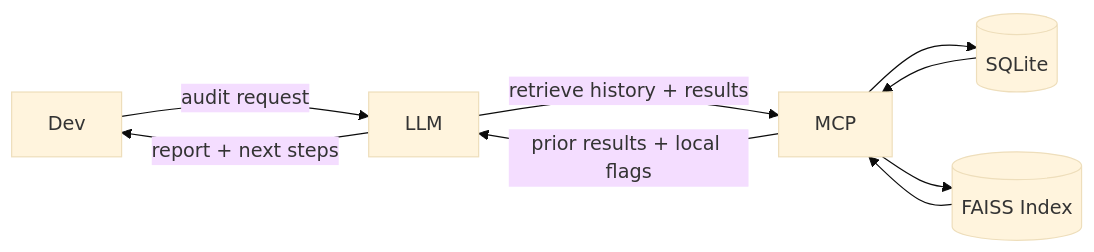
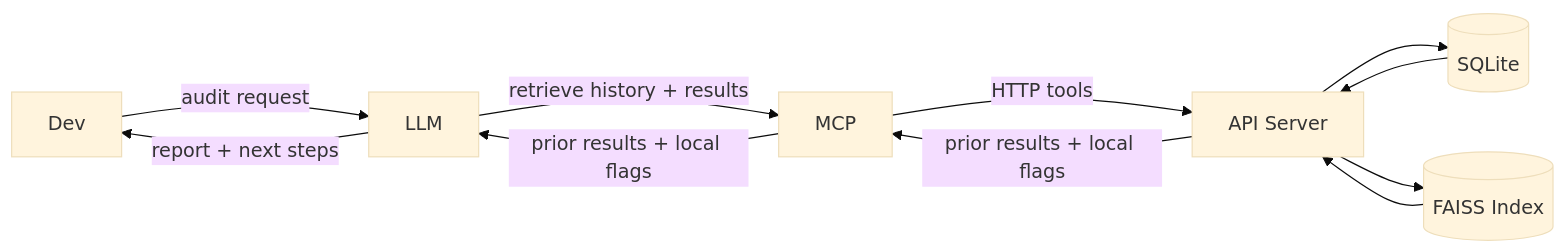
Before and after one commit to tyouritsugun/curated-heuristic-loop: the third of 4 diagrams in doc/concept.md, drawn with Mermaid (base theme). The commit also changed other lines of this file and 19 other files, not shown here.

````diff
--- a/doc/concept.md
+++ b/doc/concept.md
@@ -73,11 +76,13 @@
 ```mermaid
 flowchart LR
     Dev -->|audit request| LLM
     LLM -->|retrieve history + results| MCP
-    MCP --> DB[(SQLite)]
-    MCP --> FAISS[(FAISS Index)]
-    DB --> MCP
-    FAISS --> MCP
+    MCP -->|HTTP tools| API[API Server]
+    API --> DB[(SQLite)]
+    API --> FAISS[(FAISS Index)]
+    DB --> API
+    FAISS --> API
+    API -->|prior results + local flags| MCP
     MCP -->|prior results + local flags| LLM
     LLM -->|report + next steps| Dev
 ```
````
